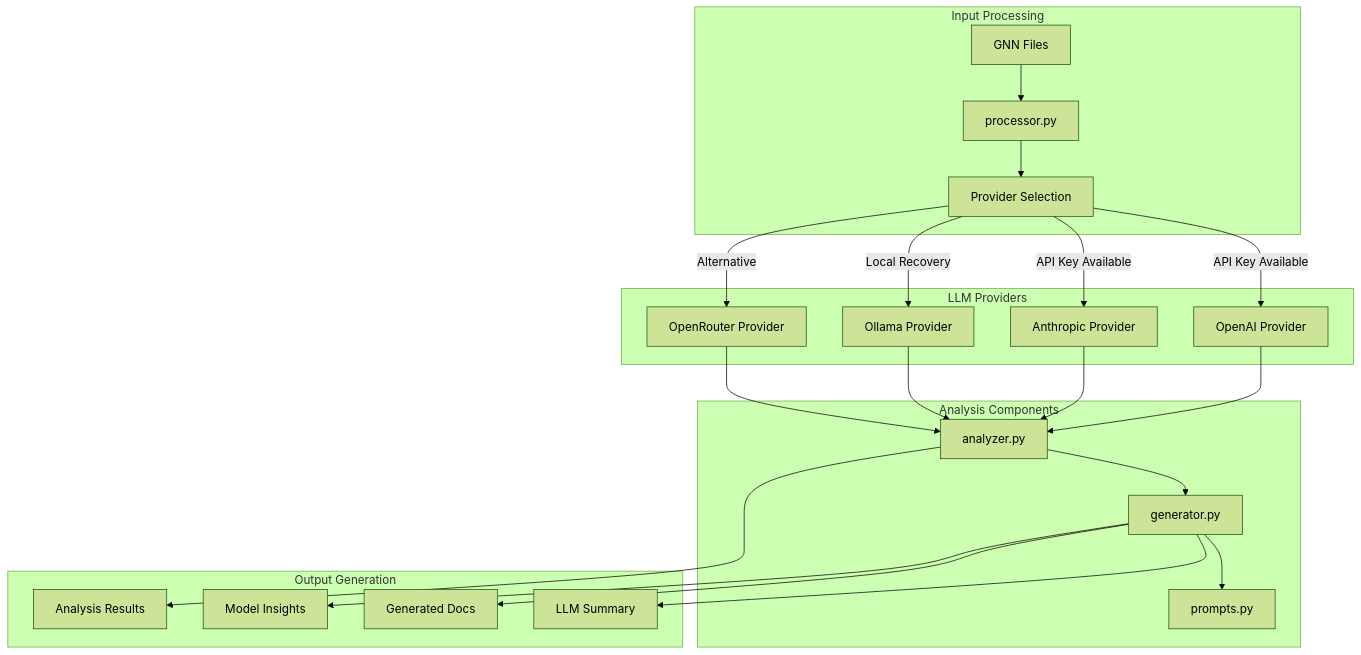
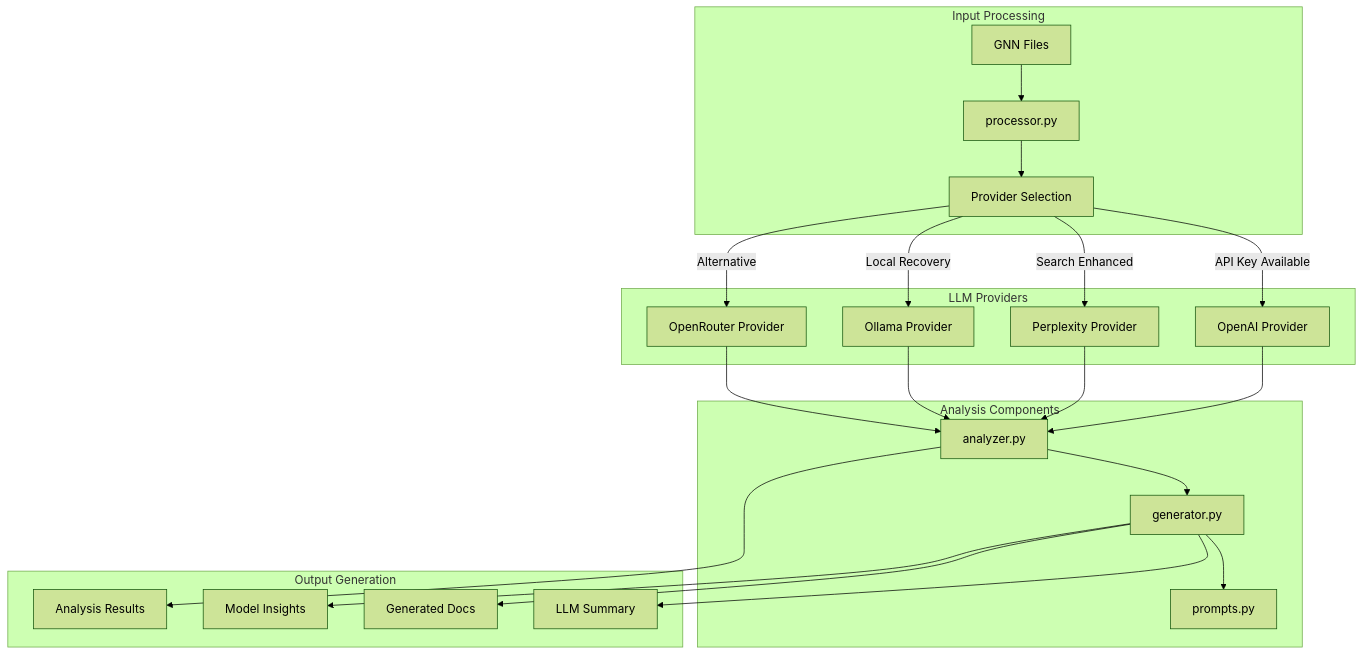
The first of 4 diagrams in src/llm/README.md (ActiveInferenceInstitute/GeneralizedNotationNotation), drawn with Mermaid (forest theme) before and after one commit. The commit also changed other lines of this file and 253 other files, not shown here.

````diff
--- a/src/llm/README.md
+++ b/src/llm/README.md
@@ -30,49 +30,49 @@
 ```mermaid
 graph TB
     subgraph "Input Processing"
         GNNFile[GNN Files]
         Processor[processor.py]
         ProviderSelect[Provider Selection]
     end
     
     subgraph "LLM Providers"
         OpenAI[OpenAI Provider]
-        Anthropic[Anthropic Provider]
+        Perplexity[Perplexity Provider]
         Ollama[Ollama Provider]
         OpenRouter[OpenRouter Provider]
     end
     
     subgraph "Analysis Components"
         Analyzer[analyzer.py]
         Generator[generator.py]
         Prompts[prompts.py]
     end
     
     subgraph "Output Generation"
         Analysis[Analysis Results]
         Insights[Model Insights]
         Documentation[Generated Docs]
         Summary[LLM Summary]
     end
     
     GNNFile --> Processor
     Processor --> ProviderSelect
     
     ProviderSelect -->|API Key Available| OpenAI
-    ProviderSelect -->|API Key Available| Anthropic
+    ProviderSelect -->|Search Enhanced| Perplexity
     ProviderSelect -->|Local Recovery| Ollama
     ProviderSelect -->|Alternative| OpenRouter
     
     OpenAI --> Analyzer
-    Anthropic --> Analyzer
+    Perplexity --> Analyzer
     Ollama --> Analyzer
     OpenRouter --> Analyzer
     
     Analyzer --> Generator
     Generator --> Prompts
     
     Analyzer --> Analysis
     Generator --> Insights
     Generator --> Documentation
     Generator --> Summary
 ```
````
